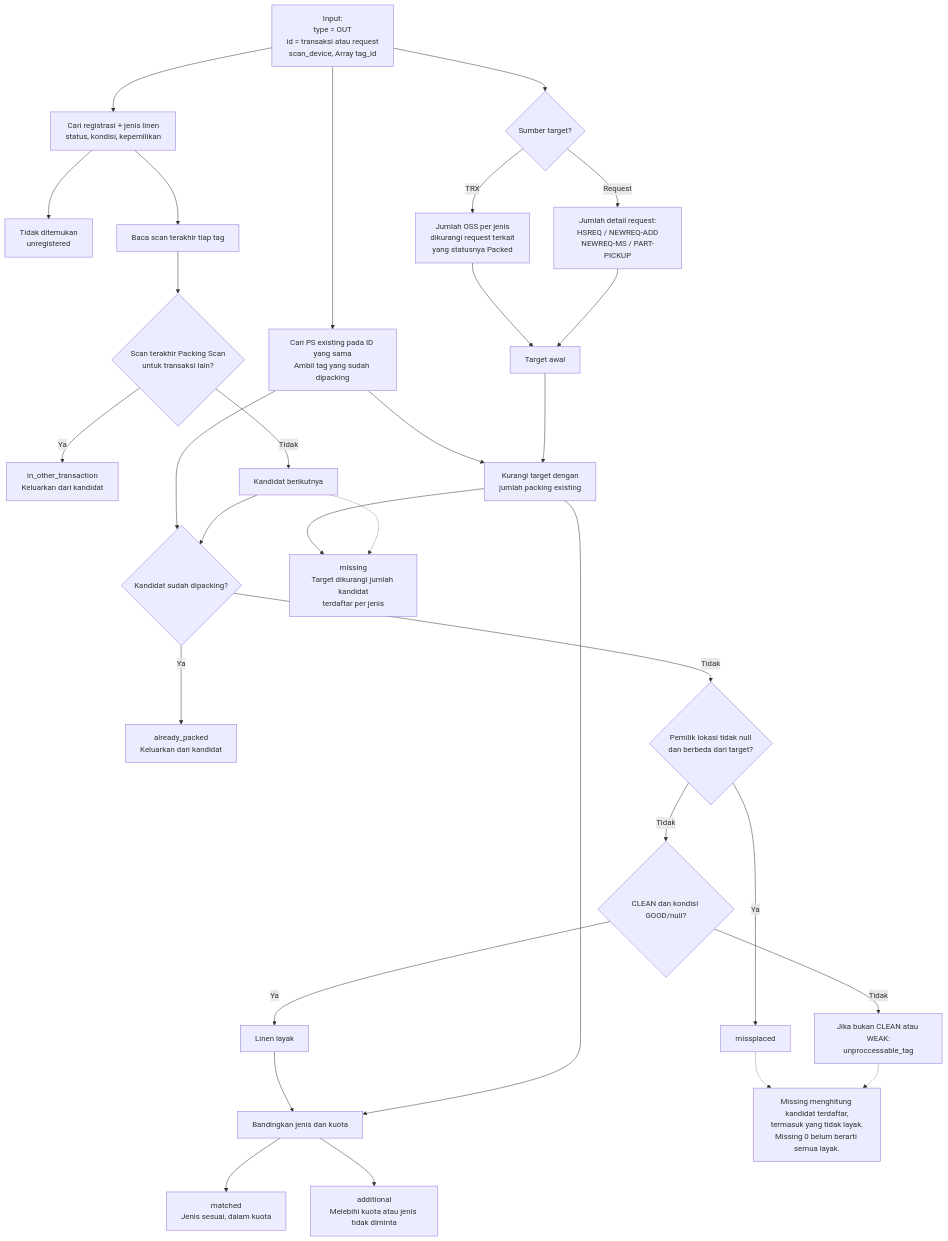
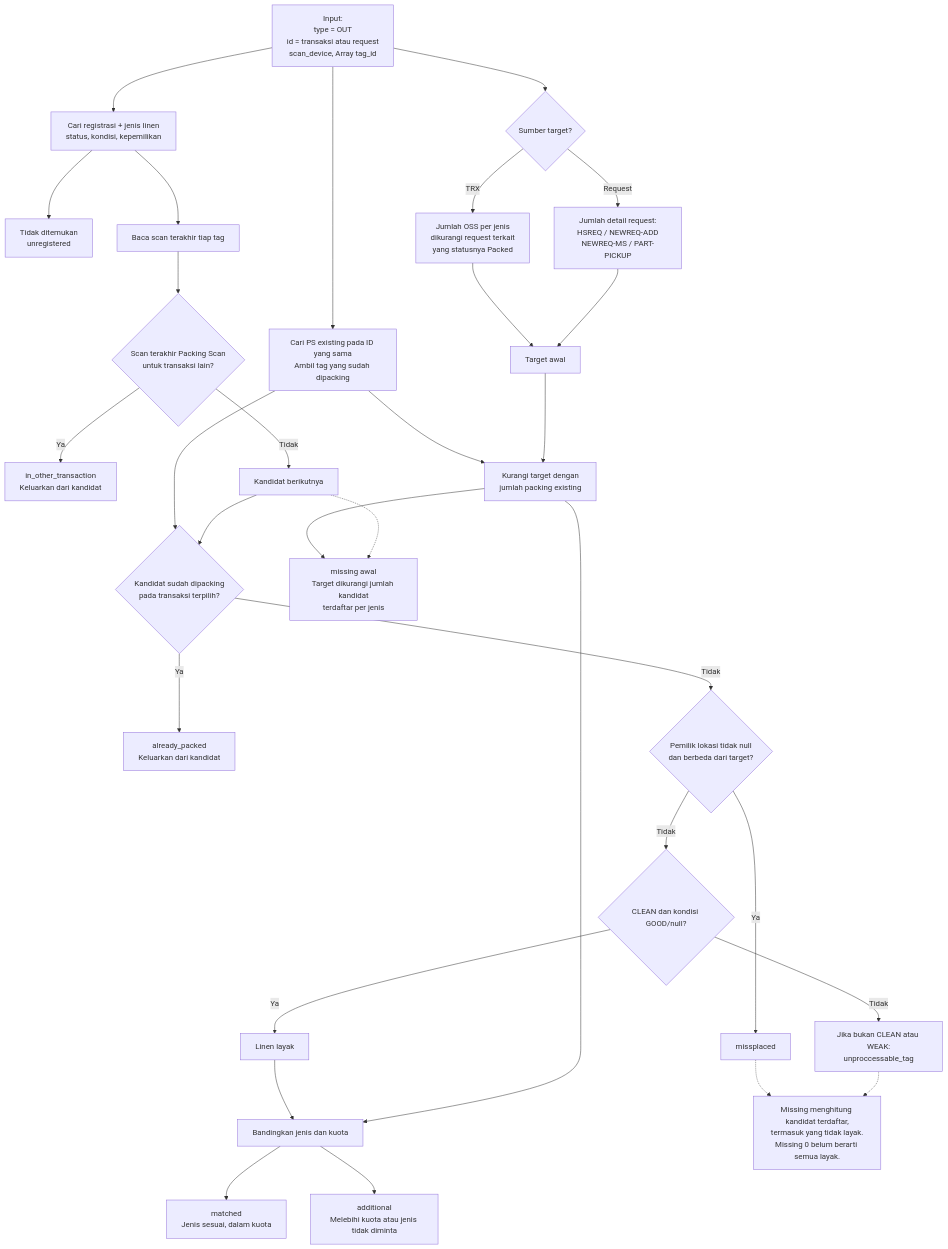
Before and after one commit to bagaskrmn/bac-flow-laundry: the first of 2 diagrams in laundry-activities/packing-scan.md, drawn with Mermaid.

````diff
--- a/laundry-activities/packing-scan.md
+++ b/laundry-activities/packing-scan.md
@@ -3,39 +3,39 @@
 ```mermaid
 flowchart TD
     N_IN["Input:<br/>type = OUT<br/>id = transaksi atau request<br/>scan_device, Array tag_id"]
 
     N_IN --> N_MASTER["Cari registrasi + jenis linen<br/>status, kondisi, kepemilikan"]
     N_MASTER --> N_UNREG["Tidak ditemukan<br/>unregistered"]
     N_MASTER --> N_LAST["Baca scan terakhir tiap tag"]
     N_LAST --> N_OTHER{"Scan terakhir Packing Scan<br/>untuk transaksi lain?"}
     N_OTHER -->|Ya| N_O["in_other_transaction<br/>Keluarkan dari kandidat"]
     N_OTHER -->|Tidak| N_CAND["Kandidat berikutnya"]
 
     N_IN --> N_SOURCE{"Sumber target?"}
     N_SOURCE -->|TRX| N_OSS["Jumlah OSS per jenis<br/>dikurangi request terkait<br/>yang statusnya Packed"]
     N_SOURCE -->|Request| N_REQ["Jumlah detail request:<br/>HSREQ / NEWREQ-ADD<br/>NEWREQ-MS / PART-PICKUP"]
     N_OSS --> N_TARGET["Target awal"]
     N_REQ --> N_TARGET
 
     N_IN --> N_EXIST["Cari PS existing pada ID yang sama<br/>Ambil tag yang sudah dipacking"]
     N_EXIST --> N_REDUCE["Kurangi target dengan<br/>jumlah packing existing"]
     N_TARGET --> N_REDUCE
-    N_EXIST --> N_WAS{"Kandidat sudah dipacking?"}
+    N_EXIST --> N_WAS{"Kandidat sudah dipacking<br/>pada transaksi terpilih?"}
     N_CAND --> N_WAS
     N_WAS -->|Ya| N_PACKED["already_packed<br/>Keluarkan dari kandidat"]
     N_WAS -->|Tidak| N_OWNER{"Pemilik lokasi tidak null<br/>dan berbeda dari target?"}
     N_OWNER -->|Ya| N_MISPLACE["missplaced"]
     N_OWNER -->|Tidak| N_CLEAN{"CLEAN dan kondisi GOOD/null?"}
     N_CLEAN -->|Ya| N_ELIGIBLE["Linen layak"]
     N_CLEAN -->|Tidak| N_BAD["Jika bukan CLEAN atau WEAK:<br/>unproccessable_tag"]
 
     N_ELIGIBLE --> N_COMP["Bandingkan jenis dan kuota"]
     N_REDUCE --> N_COMP
     N_COMP --> N_MATCH["matched<br/>Jenis sesuai, dalam kuota"]
     N_COMP --> N_ADD["additional<br/>Melebihi kuota atau jenis tidak diminta"]
 
-    N_REDUCE --> N_MISS["missing<br/>Target dikurangi jumlah kandidat<br/>terdaftar per jenis"]
+    N_REDUCE --> N_MISS["missing awal<br/>Target dikurangi jumlah kandidat<br/>terdaftar per jenis"]
     N_CAND -.-> N_MISS
     N_MISPLACE -.-> N_NOTE["Missing menghitung kandidat terdaftar,<br/>termasuk yang tidak layak.<br/>Missing 0 belum berarti semua layak."]
     N_BAD -.-> N_NOTE
 ```
````
